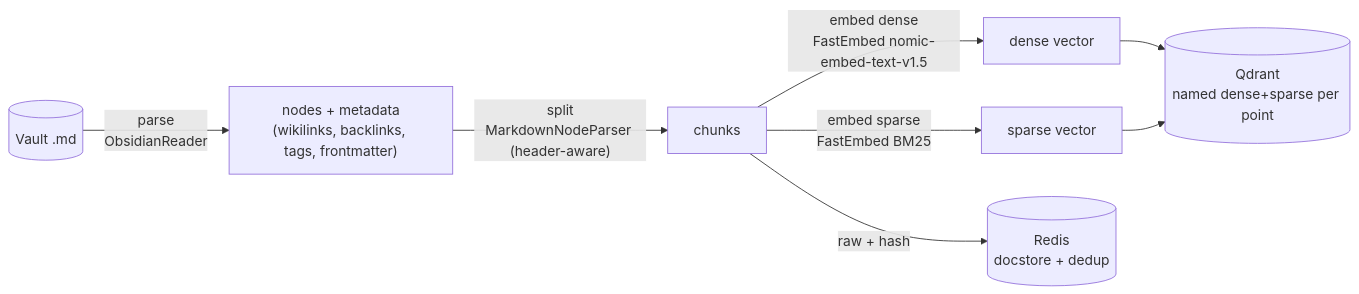
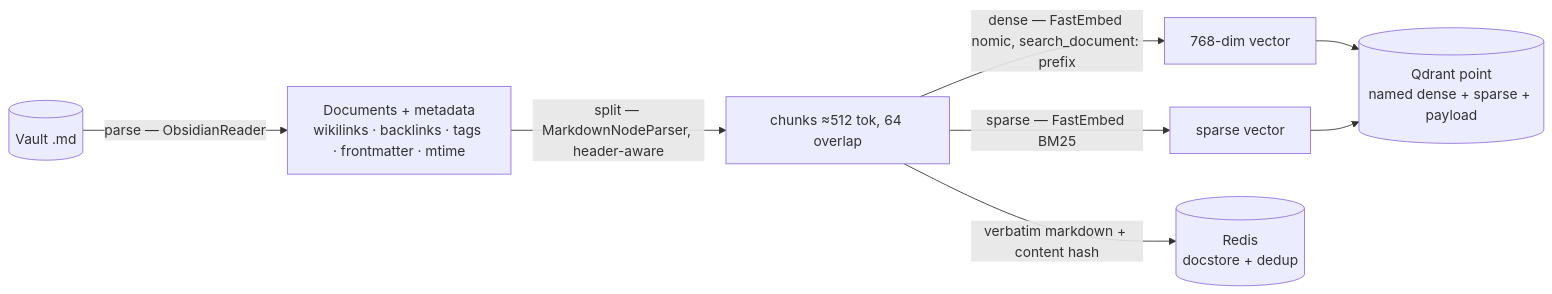
Before and after one commit to Atrv-Shrn/Obsidian-Librarian: the third of 9 diagrams in docs/SPEC.md, drawn with Mermaid. The commit also changed other lines of this file and 5 other files, not shown here.

First line of the commit message:
fix: never invoke the agent graph with an empty message list

````diff
--- a/docs/SPEC.md
+++ b/docs/SPEC.md
@@ -189,10 +215,10 @@
 ```mermaid
 flowchart LR
-  V[("Vault .md")] -->|"parse<br/>ObsidianReader"| N["nodes + metadata<br/>(wikilinks, backlinks, tags, frontmatter)"]
-  N -->|"split<br/>MarkdownNodeParser (header-aware)"| C[chunks]
-  C -->|"embed dense<br/>FastEmbed nomic-embed-text-v1.5"| DEN[dense vector]
-  C -->|"embed sparse<br/>FastEmbed BM25"| SPA[sparse vector]
-  DEN --> Q[("Qdrant<br/>named dense+sparse per point")]
+  V[("Vault .md")] -->|"parse — ObsidianReader"| N["Documents + metadata<br/>wikilinks · backlinks · tags · frontmatter · mtime"]
+  N -->|"split — MarkdownNodeParser, header-aware"| C["chunks ≈512 tok, 64 overlap"]
+  C -->|"dense — FastEmbed nomic, search_document: prefix"| DEN["768-dim vector"]
+  C -->|"sparse — FastEmbed BM25"| SPA["sparse vector"]
+  DEN --> Q[("Qdrant point<br/>named dense + sparse + payload")]
   SPA --> Q
-  C -->|"raw + hash"| R[("Redis<br/>docstore + dedup")]
+  C -->|"verbatim markdown + content hash"| R[("Redis<br/>docstore + dedup")]
 ```
````
